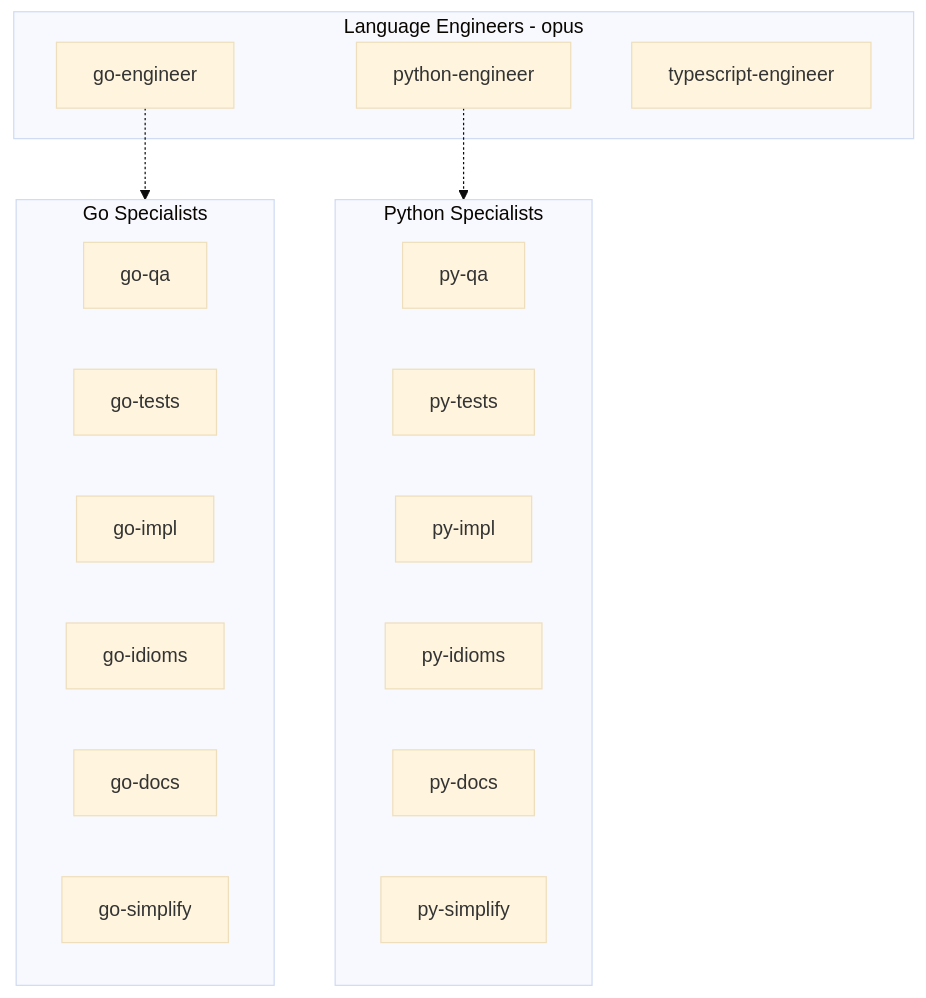
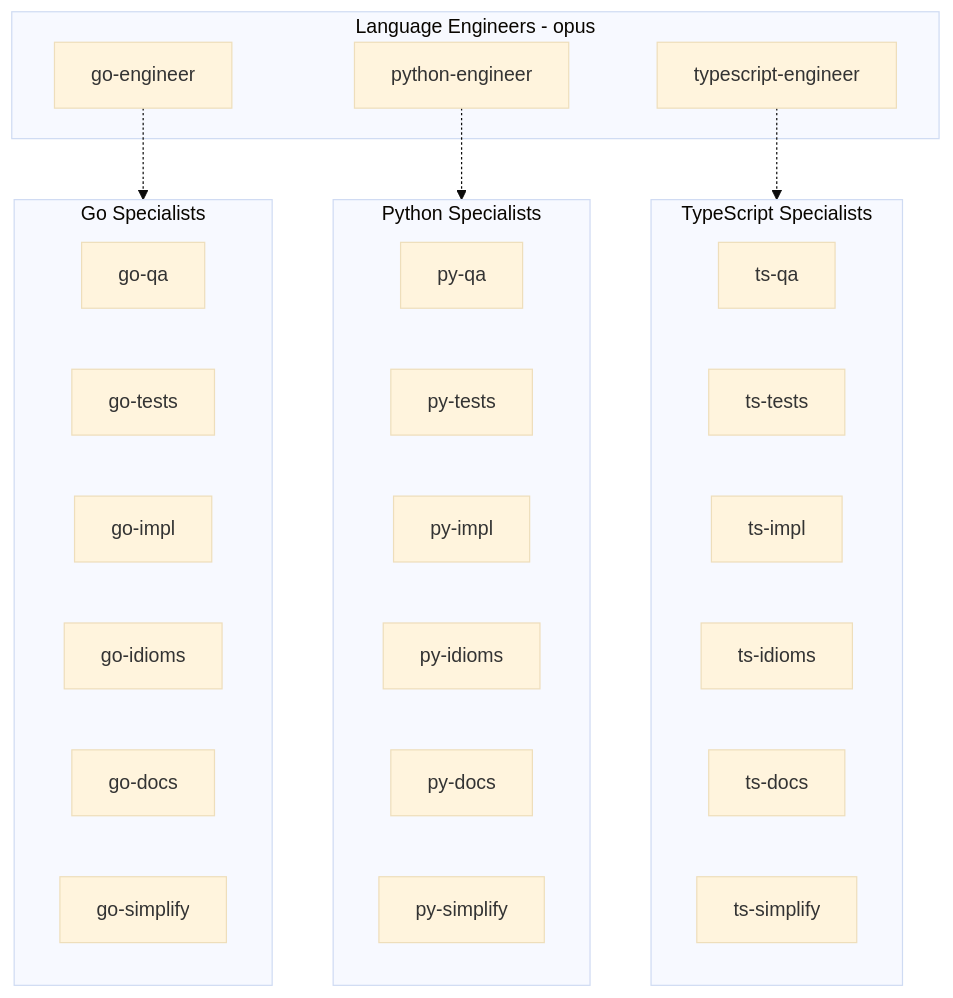
Before and after one commit to alexei-led/claude-code-config: the third of 6 diagrams in GUIDE.md, drawn with Mermaid (base theme). The commit also changed other lines of this file and 1 other file, not shown here.

````diff
--- a/GUIDE.md
+++ b/GUIDE.md
@@ -182,29 +194,39 @@
 ```mermaid
 flowchart TB
     subgraph Engineers[Language Engineers - opus]
         GE[go-engineer]
         PE[python-engineer]
         TE[typescript-engineer]
     end
 
     subgraph GoSpec[Go Specialists]
         GQ[go-qa]
         GT[go-tests]
         GI[go-impl]
         GID[go-idioms]
         GD[go-docs]
         GS[go-simplify]
     end
 
     subgraph PySpec[Python Specialists]
         PQ[py-qa]
         PT[py-tests]
         PI[py-impl]
         PID[py-idioms]
         PD[py-docs]
         PS[py-simplify]
     end
 
+    subgraph TSSpec[TypeScript Specialists]
+        TQ[ts-qa]
+        TT[ts-tests]
+        TI[ts-impl]
+        TID[ts-idioms]
+        TD[ts-docs]
+        TS[ts-simplify]
+    end
+
     GE -.-> GoSpec
     PE -.-> PySpec
+    TE -.-> TSSpec
 ```
````
